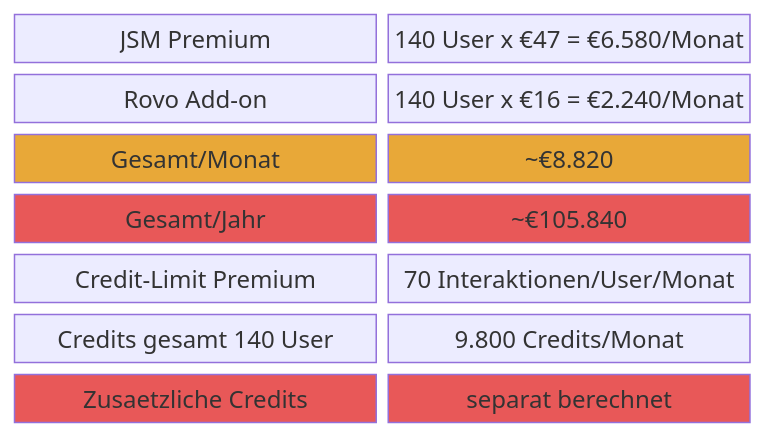
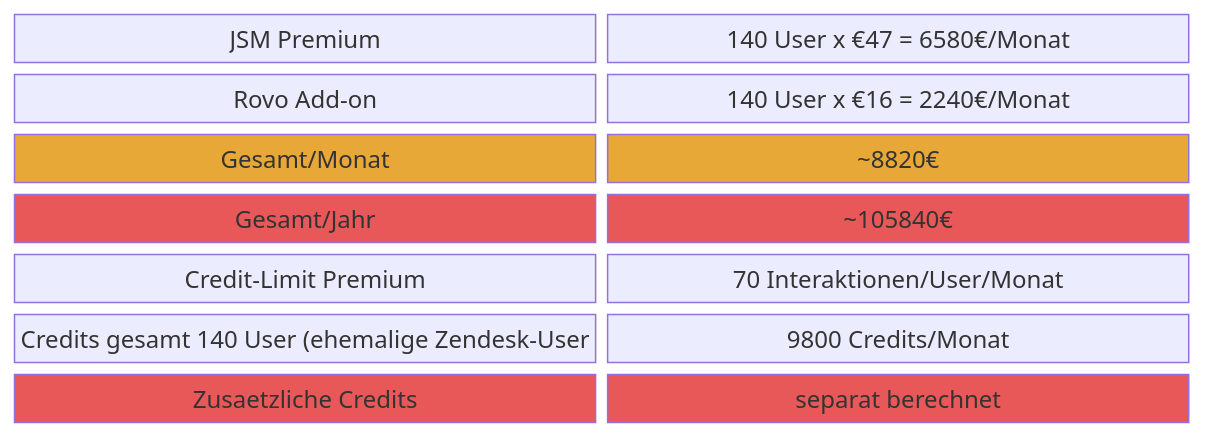
One commit to tekknix/zendesk-ai changed the tenth of 11 diagrams in readme.md. Above: the diagram before and after it, drawn with Mermaid. The commit also changed other lines of this file, not shown here.

````diff
--- a/readme.md
+++ b/readme.md
@@ -217,18 +217,18 @@
 ```mermaid
 block-beta
     columns 2
-    A["JSM Premium"]:1 B["140 User x €47 = €6.580/Monat"]:1
-    C["Rovo Add-on"]:1 D["140 User x €16 = €2.240/Monat"]:1
-    E["Gesamt/Monat"]:1 F["~€8.820"]:1
-    G["Gesamt/Jahr"]:1 H["~€105.840"]:1
+    A["JSM Premium"]:1 B["140 User x €47 = 6580€/Monat"]:1
+    C["Rovo Add-on"]:1 D["140 User x €16 = 2240€/Monat"]:1
+    E["Gesamt/Monat"]:1 F["~8820€"]:1
+    G["Gesamt/Jahr"]:1 H["~105840€"]:1
     I["Credit-Limit Premium"]:1 J["70 Interaktionen/User/Monat"]:1
-    K["Credits gesamt 140 User"]:1 L["9.800 Credits/Monat"]:1
+    K["Credits gesamt 140 User (ehemalige Zendesk-User"]:1 L["9800 Credits/Monat"]:1
     M["Zusaetzliche Credits"]:1 N["separat berechnet"]:1
 
     style E fill:#E8A838,color:#333
     style F fill:#E8A838,color:#333
     style G fill:#E85858,color:#fff
     style H fill:#E85858,color:#fff
     style M fill:#E85858,color:#fff
     style N fill:#E85858,color:#fff
 ```
````
